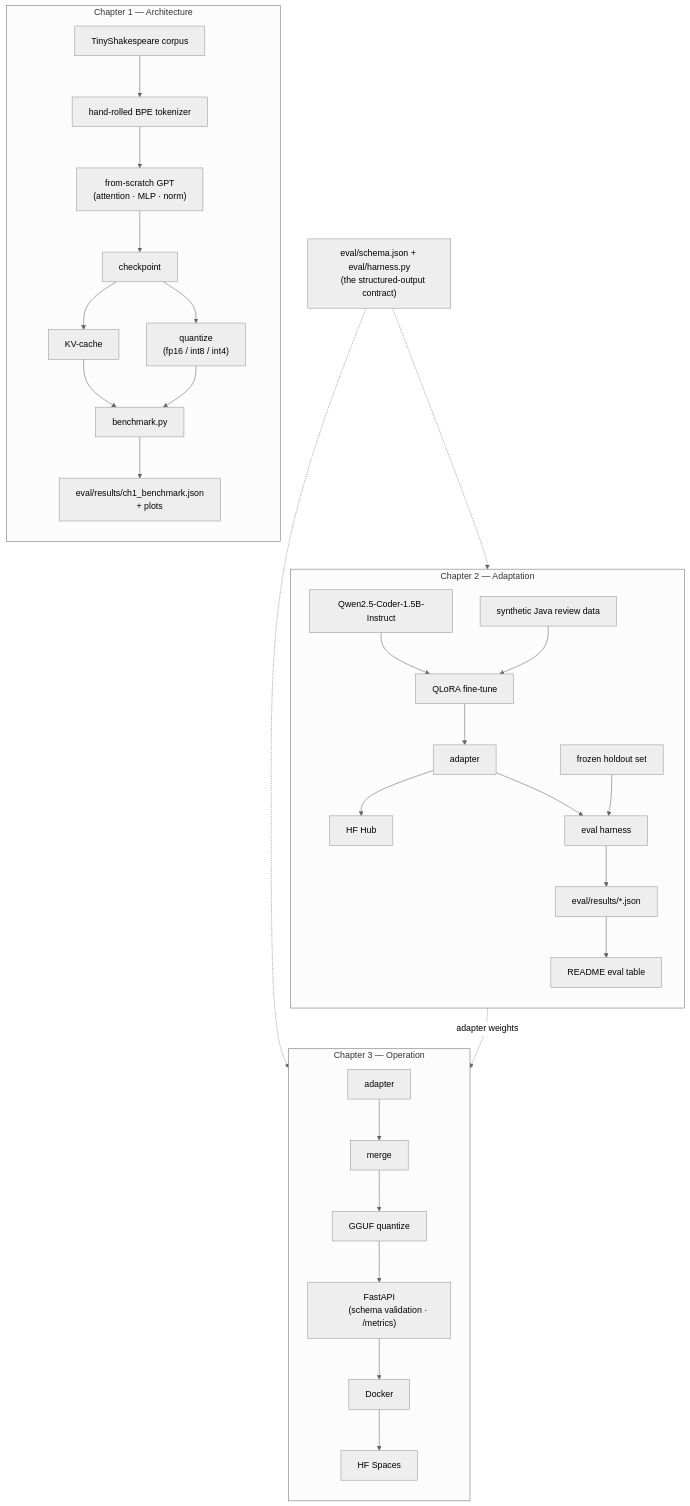
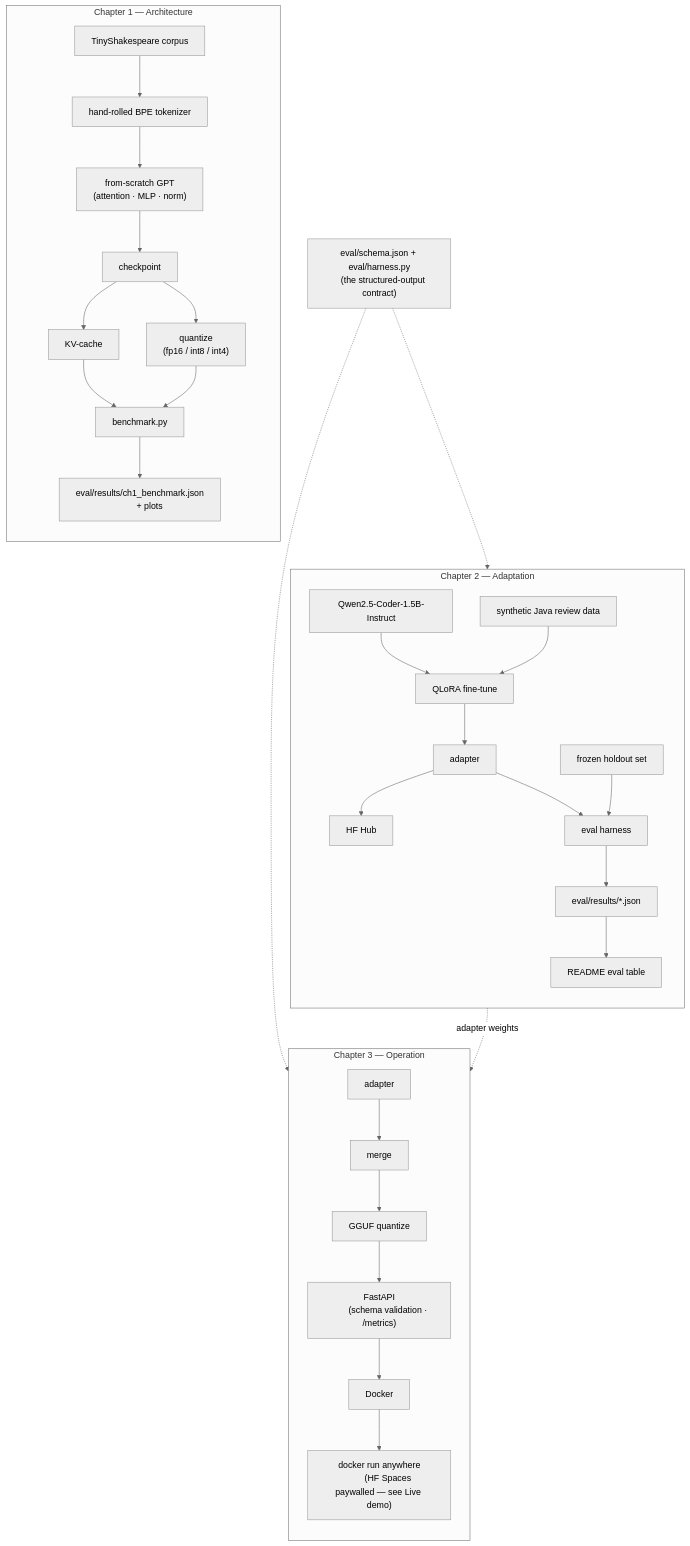
The diagram in README.md (rkg209/LLM-from-Scratch), drawn with Mermaid (neutral theme) before and after one commit. The commit also changed other lines of this file, not shown here.

Commit message:
README: stop promising an HF Spaces demo that the 2026 paywall ruled out

````diff
--- a/README.md
+++ b/README.md
@@ -38,46 +38,47 @@
 ```mermaid
 flowchart TD
     subgraph ch1["Chapter 1 — Architecture"]
         direction TB
         c1corpus["TinyShakespeare corpus"] --> c1bpe["hand-rolled BPE tokenizer"]
         c1bpe --> c1gpt["from-scratch GPT
         (attention · MLP · norm)"]
         c1gpt --> c1ckpt["checkpoint"]
         c1ckpt --> c1kv["KV-cache"]
         c1ckpt --> c1quant["quantize
         (fp16 / int8 / int4)"]
         c1kv --> c1bench["benchmark.py"]
         c1quant --> c1bench
         c1bench --> c1results["eval/results/ch1_benchmark.json
         + plots"]
     end
 
     subgraph ch2["Chapter 2 — Adaptation"]
         direction TB
         c2base["Qwen2.5-Coder-1.5B-Instruct"] --> c2lora["QLoRA fine-tune"]
         c2data["synthetic Java review data"] --> c2lora
         c2lora --> c2adapter["adapter"]
         c2adapter --> c2hub["HF Hub"]
         c2adapter --> c2eval["eval harness"]
         c2holdout["frozen holdout set"] --> c2eval
         c2eval --> c2json["eval/results/*.json"]
         c2json --> c2table["README eval table"]
     end
 
     subgraph ch3["Chapter 3 — Operation"]
         direction TB
         c3adapter["adapter"] --> c3merge["merge"]
         c3merge --> c3gguf["GGUF quantize"]
         c3gguf --> c3api["FastAPI
         (schema validation · /metrics)"]
         c3api --> c3docker["Docker"]
-        c3docker --> c3spaces["HF Spaces"]
+        c3docker --> c3spaces["docker run anywhere
+        (HF Spaces paywalled — see Live demo)"]
     end
 
     schema["eval/schema.json + eval/harness.py
     (the structured-output contract)"]
 
     c2hub -. "adapter weights" .-> c3adapter
     schema -.-> c2eval
     schema -.-> c3api
 ```
````
